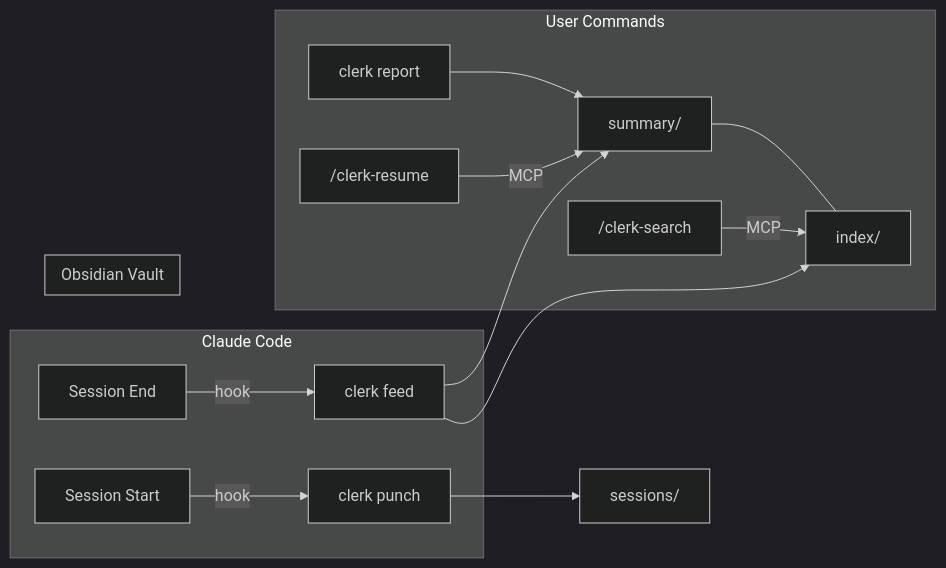
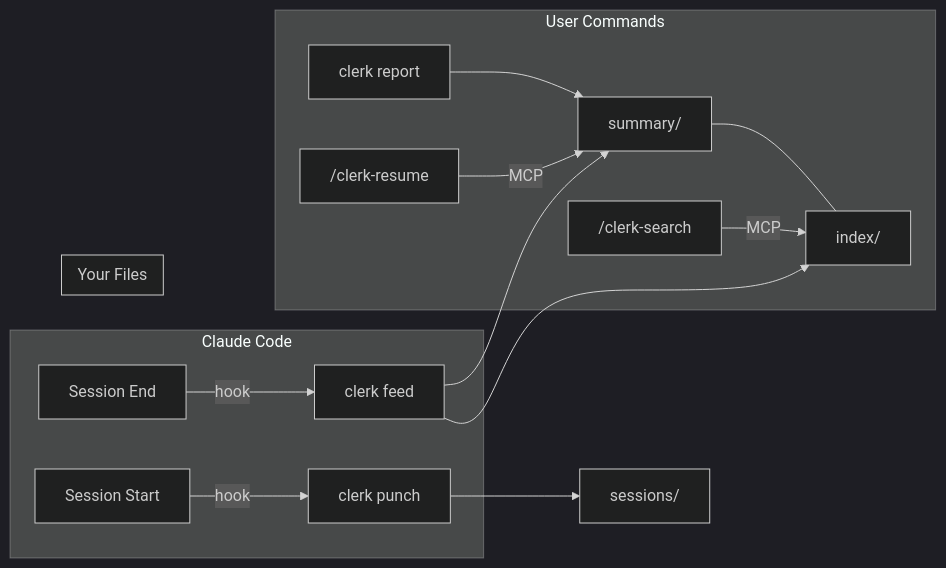
Before and after one commit to vulcanshen/clerk: the diagram in README.ja.md, drawn with Mermaid (dark theme). The commit also changed other lines of this file and 3 other files, not shown here.

````diff
--- a/README.ja.md
+++ b/README.ja.md
@@ -72,21 +65,21 @@
 ```mermaid
 flowchart LR
     subgraph Claude Code
         A[Session Start] -->|hook| B[clerk punch]
         C[Session End] -->|hook| D[clerk feed]
     end
 
     B --> E[sessions/]
     D --> F[summary/]
     D --> G[index/]
 
     subgraph User Commands
         H["/clerk-resume"] -->|MCP| F
         I["/clerk-search"] -->|MCP| G
         J["clerk report"] --> F
     end
 
-    subgraph Obsidian Vault
+    subgraph Your Files
         F --- G
     end
 ```
````
